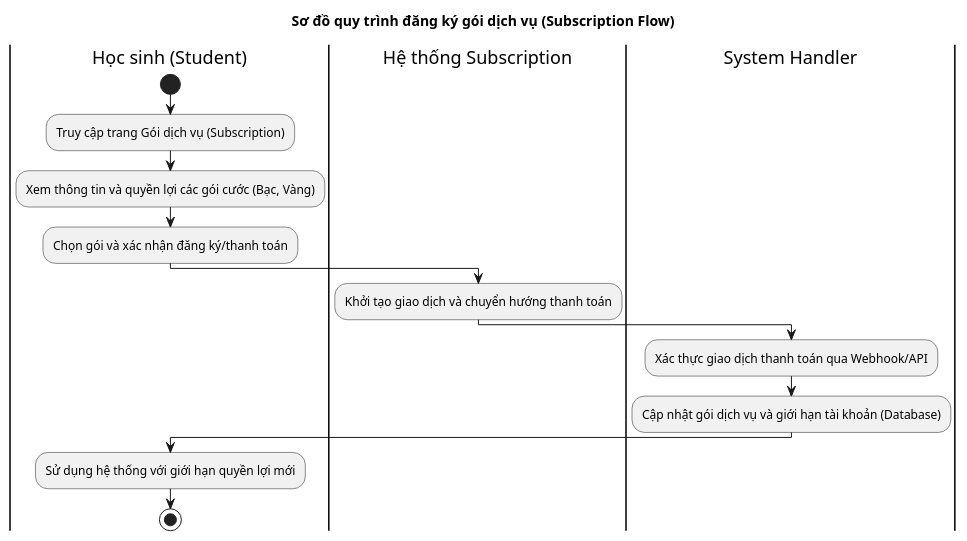
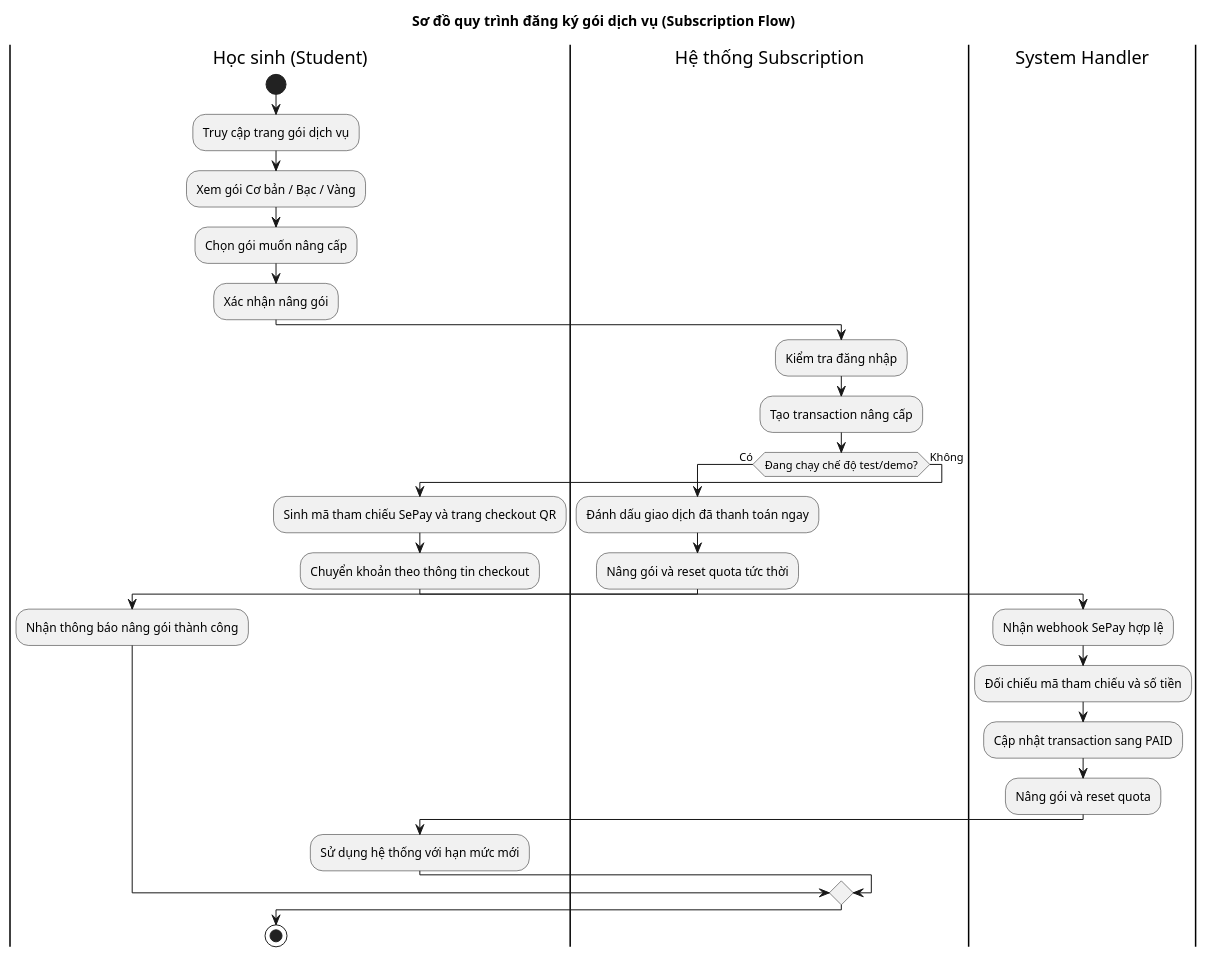
One commit to lgdlong/chatbot-rag-fptu changed the diagram in docs/srs/flow-subscription.puml. Above: the diagram before and after it, drawn with PlantUML. The commit also changed 19 other files, not shown here.

Commit message:
docs(srs): cập nhật luồng chat, tài liệu và gói dịch vụ

```diff
--- a/docs/srs/flow-subscription.puml
+++ b/docs/srs/flow-subscription.puml
@@ -1,21 +1,33 @@
 @startuml
 title Sơ đồ quy trình đăng ký gói dịch vụ (Subscription Flow)
 
 |Học sinh (Student)|
 start
-:Truy cập trang Gói dịch vụ (Subscription);
-:Xem thông tin và quyền lợi các gói cước (Bạc, Vàng);
-:Chọn gói và xác nhận đăng ký/thanh toán;
+:Truy cập trang gói dịch vụ;
+:Xem gói Cơ bản / Bạc / Vàng;
+:Chọn gói muốn nâng cấp;
+:Xác nhận nâng gói;
 
 |Hệ thống Subscription|
-:Khởi tạo giao dịch và chuyển hướng thanh toán;
-
-|System Handler|
-:Xác thực giao dịch thanh toán qua Webhook/API;
-:Cập nhật gói dịch vụ và giới hạn tài khoản (Database);
-
-|Học sinh (Student)|
-:Sử dụng hệ thống với giới hạn quyền lợi mới;
+:Kiểm tra đăng nhập;
+:Tạo transaction nâng cấp;
+if (Đang chạy chế độ test/demo?) then (Có)
+  :Đánh dấu giao dịch đã thanh toán ngay;
+  :Nâng gói và reset quota tức thời;
+  |Học sinh (Student)|
+  :Nhận thông báo nâng gói thành công;
+else (Không)
+  :Sinh mã tham chiếu SePay và trang checkout QR;
+  |Học sinh (Student)|
+  :Chuyển khoản theo thông tin checkout;
+  |System Handler|
+  :Nhận webhook SePay hợp lệ;
+  :Đối chiếu mã tham chiếu và số tiền;
+  :Cập nhật transaction sang PAID;
+  :Nâng gói và reset quota;
+  |Học sinh (Student)|
+  :Sử dụng hệ thống với hạn mức mới;
+endif
 
 stop
 @enduml
```
